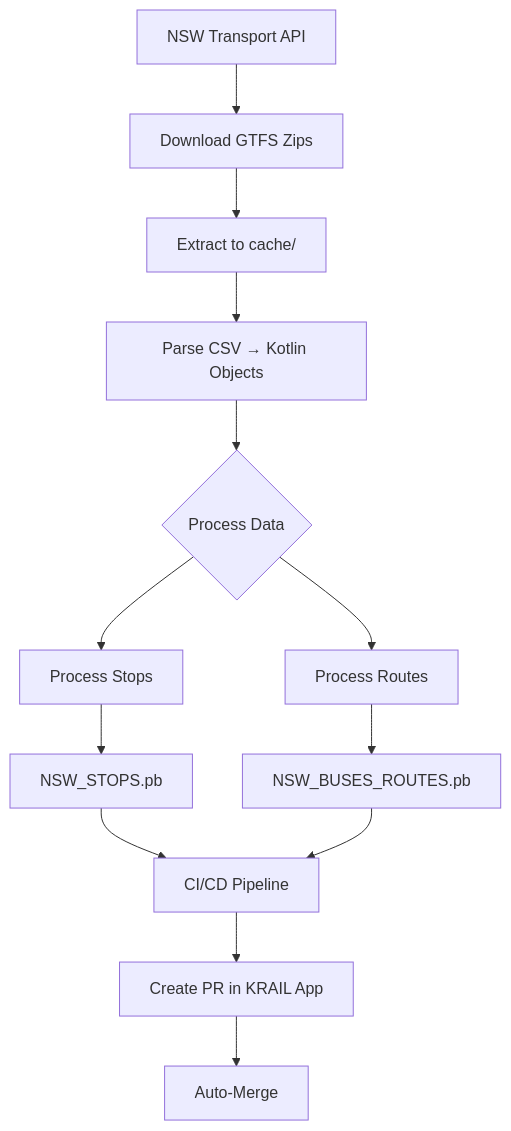
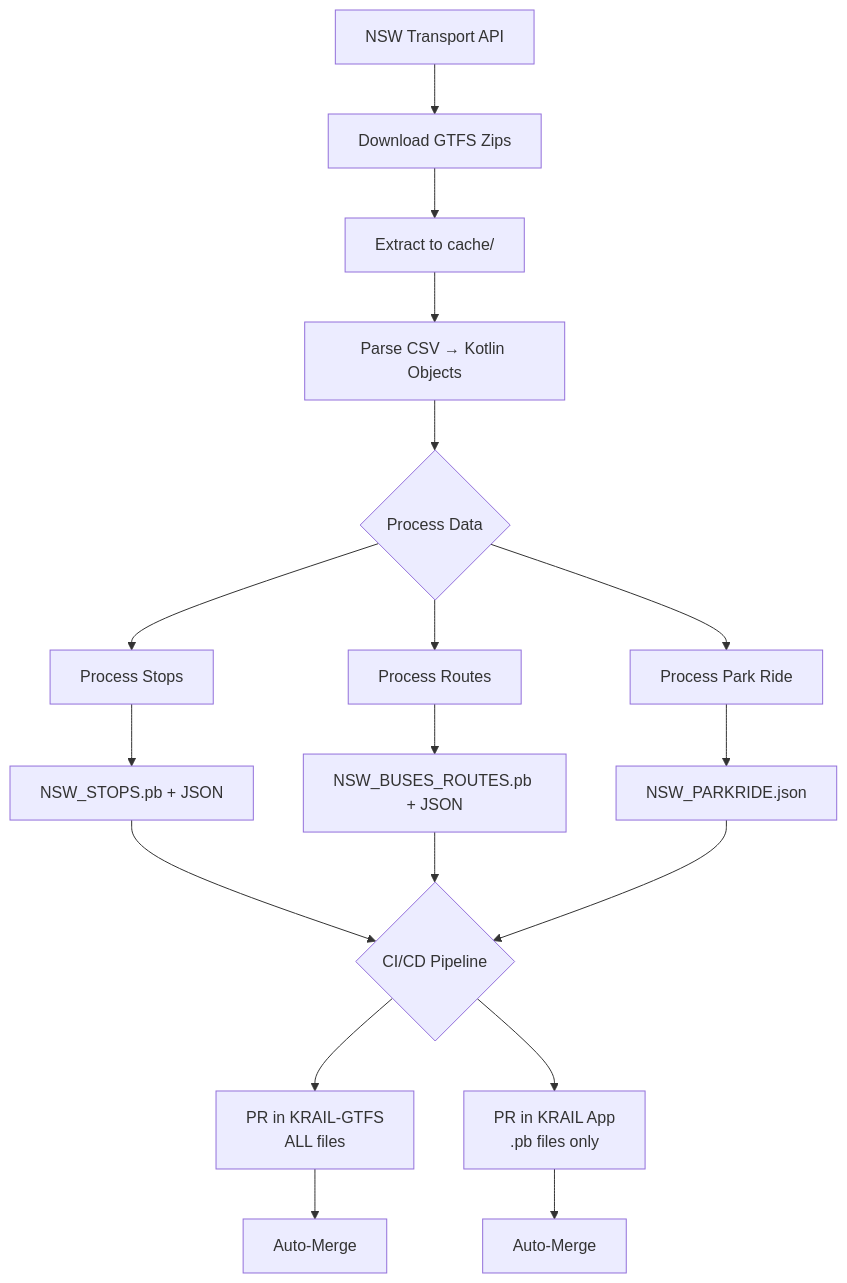
One commit to ksharma-xyz/KRAIL-GTFS changed the diagram in docs/CICD.md. Above: the diagram before and after it, drawn with Mermaid. The commit also changed other lines of this file, not shown here.

First line of the commit message:
Document CI/CD process flow and dual PR strategy (#313)

````diff
--- a/docs/CICD.md
+++ b/docs/CICD.md
@@ -63,15 +93,20 @@
 ```mermaid
 graph TB
   A[NSW Transport API] --> B[Download GTFS Zips]
   B --> C[Extract to cache/]
   C --> D[Parse CSV → Kotlin Objects]
   D --> E{Process Data}
   E --> F[Process Stops]
   E --> G[Process Routes]
-  F --> H[NSW_STOPS.pb]
-  G --> I[NSW_BUSES_ROUTES.pb]
-  H --> J[CI/CD Pipeline]
-  I --> J
-  J --> K[Create PR in KRAIL App]
-  K --> L[Auto-Merge]
+  E --> H[Process Park Ride]
+  F --> I[NSW_STOPS.pb + JSON]
+  G --> J[NSW_BUSES_ROUTES.pb + JSON]
+  H --> K[NSW_PARKRIDE.json]
+  I --> L{CI/CD Pipeline}
+  J --> L
+  K --> L
+  L --> M[PR in KRAIL-GTFS<br/>ALL files]
+  L --> N[PR in KRAIL App<br/>.pb files only]
+  M --> O[Auto-Merge]
+  N --> P[Auto-Merge]
 ```
````
